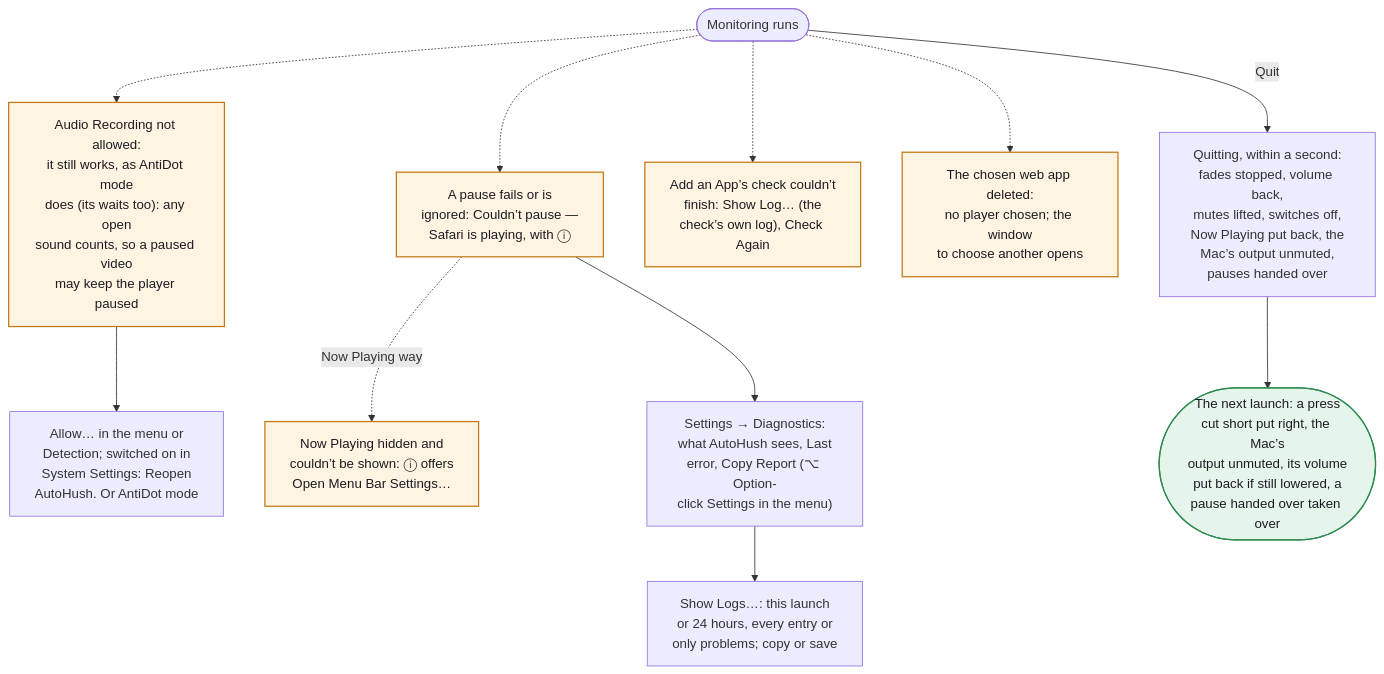
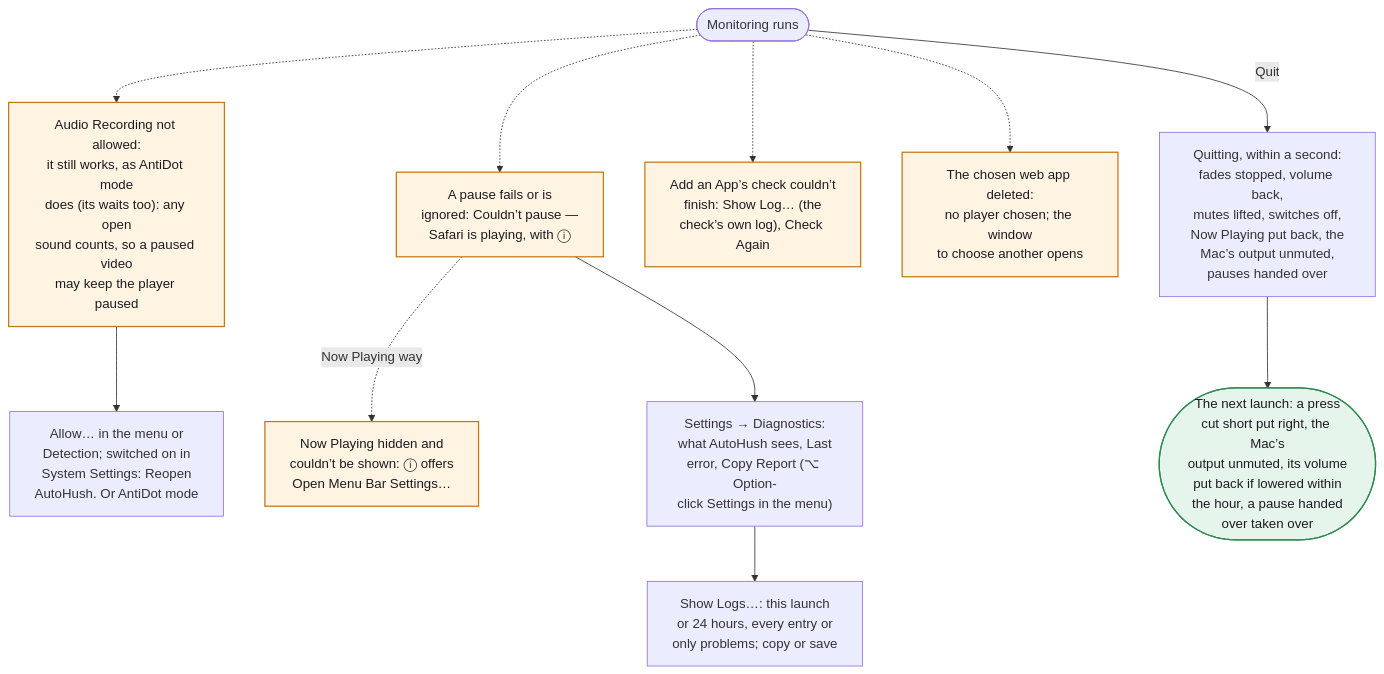
One commit to hfustercabre/AutoHush changed diagram 14 of 14 in WORKFLOWS.md. Above: the diagram before and after it, drawn with Mermaid. The commit also changed other lines of this file and 75 other files, not shown here.

````diff
--- a/WORKFLOWS.md
+++ b/WORKFLOWS.md
@@ -700,27 +700,27 @@
 ```mermaid
 flowchart TD
   R(["Monitoring runs"])
   AUD["Audio Recording not allowed:<br/>it still works, as AntiDot mode<br/>does (its waits too): any open<br/>sound counts, so a paused video<br/>may keep the player paused"]
   AUDF["Allow… in the menu or<br/>Detection; switched on in<br/>System Settings: Reopen<br/>AutoHush. Or AntiDot mode"]
   PF["A pause fails or is<br/>ignored: Couldn’t pause —<br/>Safari is playing, with ⓘ"]
   NPH["Now Playing hidden and<br/>couldn’t be shown: ⓘ offers<br/>Open Menu Bar Settings…"]
   DIAG["Settings → Diagnostics:<br/>what AutoHush sees, Last<br/>error, Copy Report (⌥ Option-<br/>click Settings in the menu)"]
   LOGS["Show Logs…: this launch<br/>or 24 hours, every entry or<br/>only problems; copy or save"]
   CHK["Add an App’s check couldn’t<br/>finish: Show Log… (the<br/>check’s own log), Check Again"]
   DEL["The chosen web app deleted:<br/>no player chosen; the window<br/>to choose another opens"]
   QUIT["Quitting, within a second:<br/>fades stopped, volume back,<br/>mutes lifted, switches off,<br/>Now Playing put back, the<br/>Mac’s output unmuted,<br/>pauses handed over"]
-  NEXT(["The next launch: a press<br/>cut short put right, the Mac’s<br/>output unmuted, its volume<br/>put back if still lowered, a<br/>pause handed over taken over"])
+  NEXT(["The next launch: a press<br/>cut short put right, the Mac’s<br/>output unmuted, its volume<br/>put back if lowered within<br/>the hour, a pause handed<br/>over taken over"])
 
   R -.-> AUD --> AUDF
   R -.-> PF
   PF -.->|"Now Playing way"| NPH
   PF --> DIAG --> LOGS
   R -.-> CHK
   R -.-> DEL
   R -->|"Quit"| QUIT --> NEXT
 
   class AUD,PF,NPH,CHK,DEL warn
   class NEXT done
   classDef warn fill:#fff3e2,stroke:#c47812,stroke-width:1.5px,color:#1d1b22
   classDef done fill:#e6f5eb,stroke:#2f8a50,stroke-width:1.5px,color:#1d1b22
 ```
````
